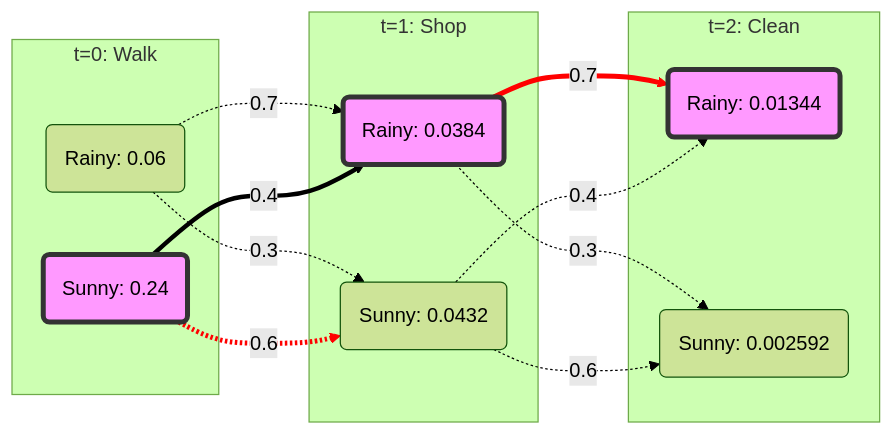
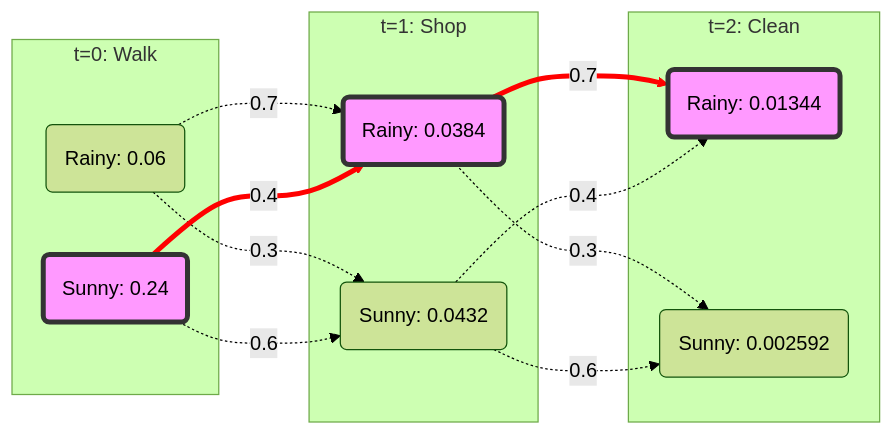
Before and after one commit to abeni-al7/viterbi-algorithm: the diagram in docs/viterbi_walkthrough.md, drawn with Mermaid (forest theme).

Commit message:
Correct chosen path diagram

````diff
--- a/docs/viterbi_walkthrough.md
+++ b/docs/viterbi_walkthrough.md
@@ -102,35 +102,35 @@
 ```mermaid
 graph LR
     subgraph t0 [t=0: Walk]
         R0(Rainy: 0.06)
         S0(Sunny: 0.24)
     end
 
     subgraph t1 [t=1: Shop]
         R1(Rainy: 0.0384)
         S1(Sunny: 0.0432)
     end
 
     subgraph t2 [t=2: Clean]
         R2(Rainy: 0.01344)
         S2(Sunny: 0.002592)
     end
 
     %% Transitions
     R0 -.->|0.7| R1
     R0 -.->|0.3| S1
     S0 == 0.4 ==> R1
     S0 -.->|0.6| S1
 
     R1 == 0.7 ==> R2
     R1 -.->|0.3| S2
     S1 -.->|0.4| R2
     S1 -.->|0.6| S2
 
     %% Styling for the winning path
     style S0 fill:#f9f,stroke:#333,stroke-width:4px
     style R1 fill:#f9f,stroke:#333,stroke-width:4px
     style R2 fill:#f9f,stroke:#333,stroke-width:4px
     
-    linkStyle 3,4 stroke-width:4px,fill:none,stroke:red;
+    linkStyle 2,4 stroke-width:4px,fill:none,stroke:red;
 ```
````
